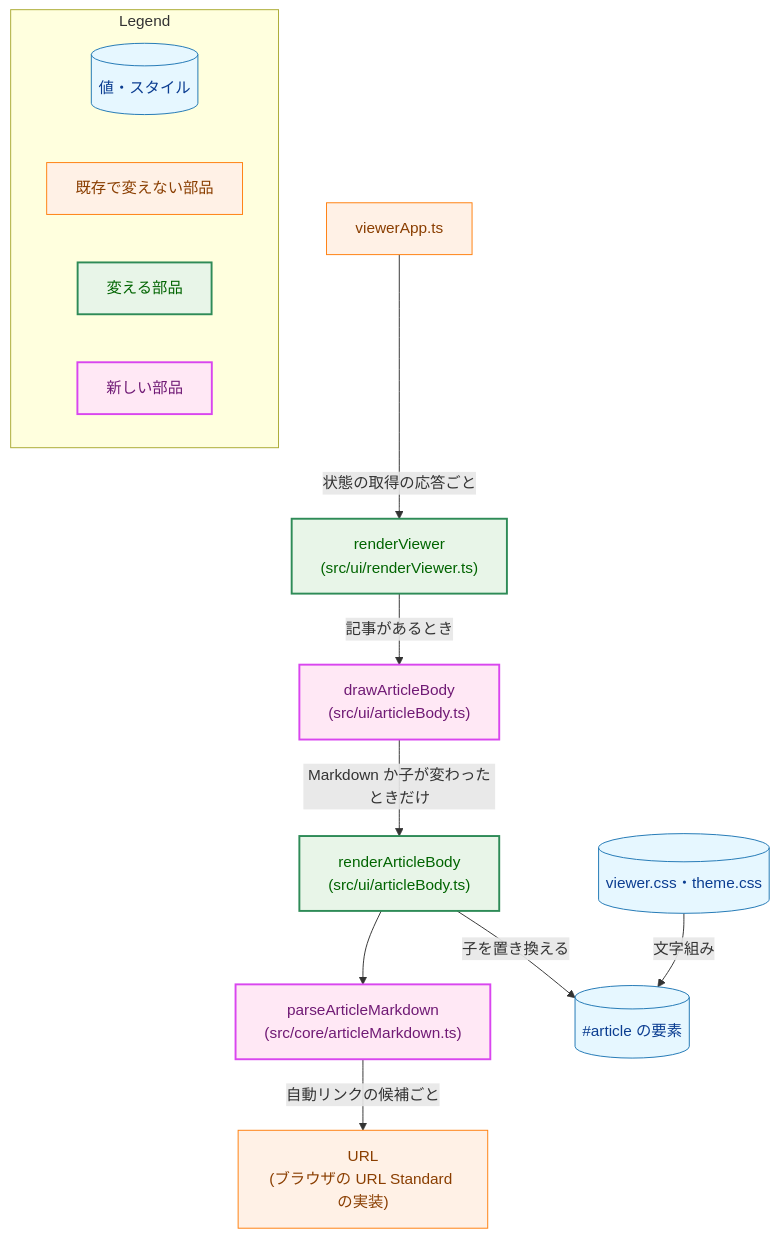
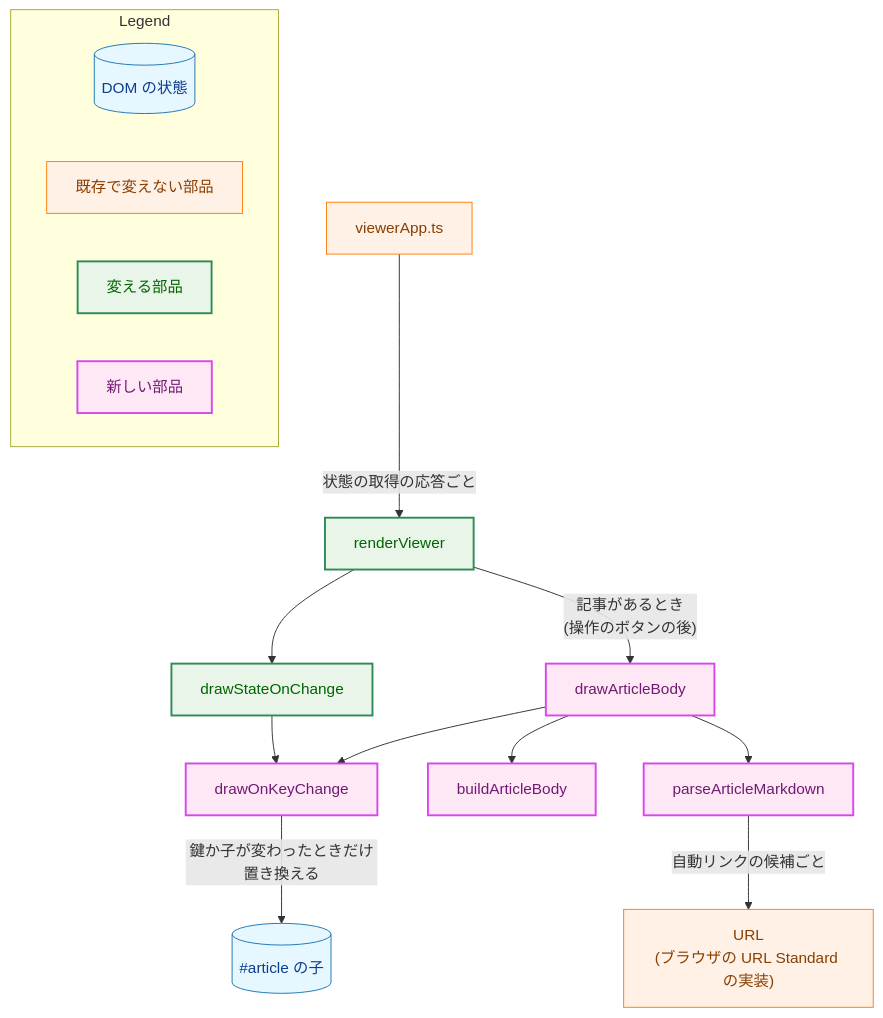
The second of 7 diagrams in docs/tasks/0063_viewer_markdown/02_architecture.md (isseis/yt2column), drawn with Mermaid before and after one commit. The commit also changed other lines of this file, not shown here.

First line of the commit message:
docs(0063): address review findings on the viewer Markdown architecture

````diff
--- a/docs/tasks/0063_viewer_markdown/02_architecture.md
+++ b/docs/tasks/0063_viewer_markdown/02_architecture.md
@@ -108,40 +113,42 @@
 ```mermaid
 flowchart TD
     classDef data fill:#e6f7ff,stroke:#1f77b4,stroke-width:1px,color:#0b3d91;
     classDef process fill:#fff1e6,stroke:#ff7f0e,stroke-width:1px,color:#8a3e00;
     classDef enhanced fill:#e8f5e8,stroke:#2e8b57,stroke-width:2px,color:#006400;
     classDef newpkg fill:#ffe8f5,stroke:#d946ef,stroke-width:2px,color:#701a75;
 
     APP["viewerApp.ts"]
-    RV["renderViewer<br>(src/ui/renderViewer.ts)"]
-    DRAW["drawArticleBody<br>(src/ui/articleBody.ts)"]
-    RAB["renderArticleBody<br>(src/ui/articleBody.ts)"]
-    PARSE["parseArticleMarkdown<br>(src/core/articleMarkdown.ts)"]
+    RV["renderViewer"]
+    DSC["drawStateOnChange"]
+    DOC["drawOnKeyChange"]
+    DRAW["drawArticleBody"]
+    BUILD["buildArticleBody"]
+    PARSE["parseArticleMarkdown"]
     URLAPI["URL<br>(ブラウザの URL Standard の実装)"]
-    CSS[("viewer.css・theme.css")]
-    ART[("#article の要素")]
+    ART[("#article の子")]
 
     APP -->|"状態の取得の応答ごと"| RV
-    RV -->|"記事があるとき"| DRAW
-    DRAW -->|"Markdown か子が変わったときだけ"| RAB
-    RAB --> PARSE
+    RV --> DSC --> DOC
+    RV -->|"記事があるとき<br>(操作のボタンの後)"| DRAW
+    DRAW --> DOC
+    DRAW --> PARSE
+    DRAW --> BUILD
     PARSE -->|"自動リンクの候補ごと"| URLAPI
-    RAB -->|"子を置き換える"| ART
-    CSS -->|"文字組み"| ART
+    DOC -->|"鍵か子が変わったときだけ置き換える"| ART
 
-    class CSS,ART data
+    class ART data
     class APP,URLAPI process
-    class RV,RAB enhanced
-    class PARSE,DRAW newpkg
+    class RV,DSC enhanced
+    class DOC,DRAW,BUILD,PARSE newpkg
 
     subgraph Legend["Legend"]
-        L1[("値・スタイル")]
+        L1[("DOM の状態")]
         L2["既存で変えない部品"]
         L3["変える部品"]
         L4["新しい部品"]
     end
     class L1 data
     class L2 process
     class L3 enhanced
     class L4 newpkg
 ```
````
